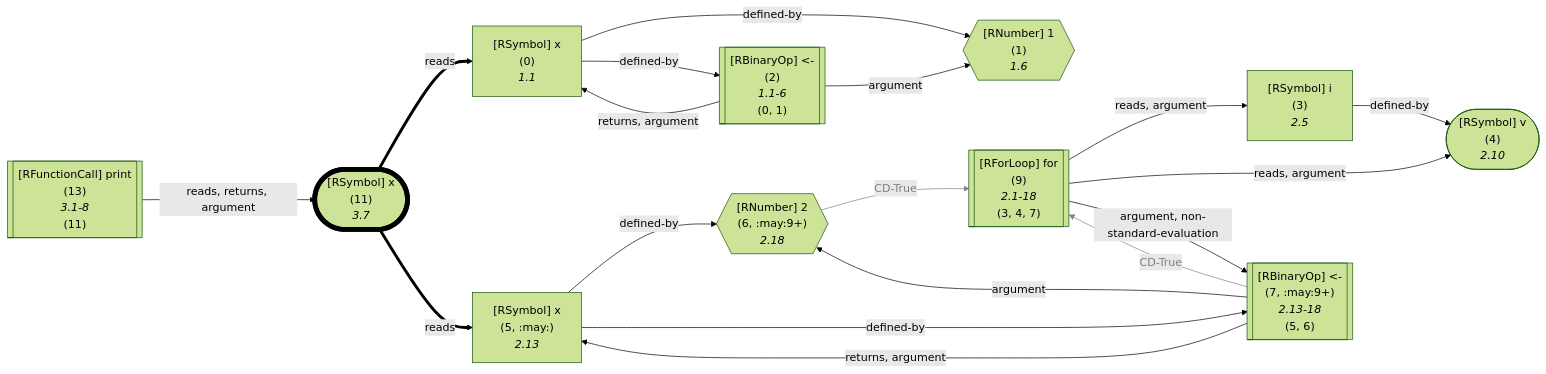
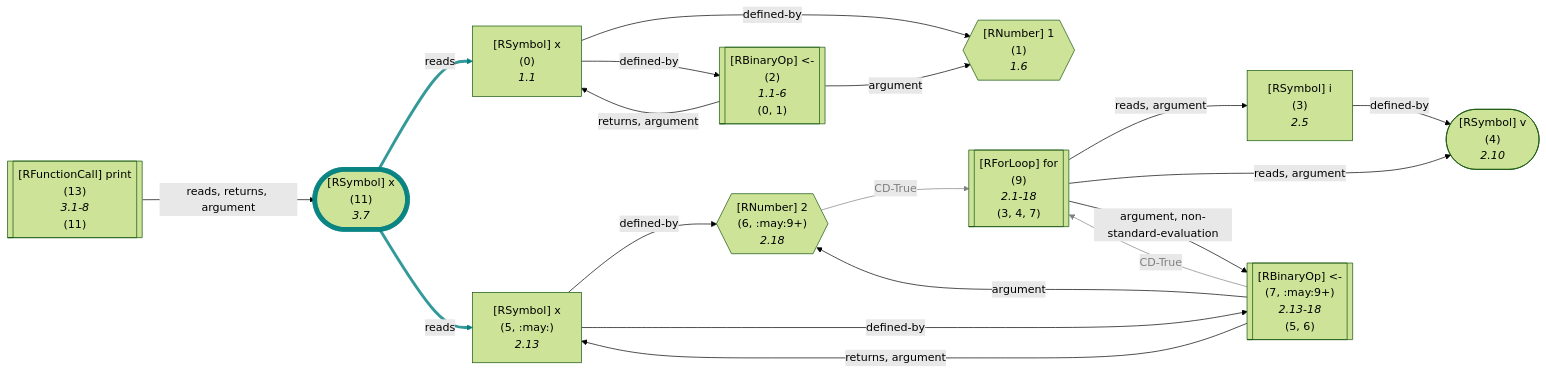
One commit to flowr-analysis/flowr changed the tenth of 33 diagrams in wiki/Dataflow Graph.md. Above: the diagram before and after it, drawn with Mermaid (forest theme). The commit also changed other lines of this file and 8 other files, not shown here.

````diff
--- a/wiki/Dataflow Graph.md
+++ b/wiki/Dataflow Graph.md
@@ -803,62 +885,62 @@
 ```mermaid
 flowchart LR
     1{{"`#91;RNumber#93; 1
       (1)
       *1.6*`"}}
     0["`#91;RSymbol#93; x
       (0)
       *1.1*`"]
     2[["`#91;RBinaryOp#93; #60;#45;
       (2)
       *1.1-6*
     (0, 1)`"]]
     3["`#91;RSymbol#93; i
       (3)
       *2.5*`"]
     4(["`#91;RSymbol#93; v
       (4)
       *2.10*`"])
     6{{"`#91;RNumber#93; 2
       (6, :may:9+)
       *2.18*`"}}
     5["`#91;RSymbol#93; x
       (5, :may:)
       *2.13*`"]
     7[["`#91;RBinaryOp#93; #60;#45;
       (7, :may:9+)
       *2.13-18*
     (5, 6)`"]]
     9[["`#91;RForLoop#93; for
       (9)
       *2.1-18*
     (3, 4, 7)`"]]
     11(["`#91;RSymbol#93; x
       (11)
       *3.7*`"])
-    style 11 stroke:black,stroke-width:7px; 
+    style 11 stroke:teal,stroke-width:7px,stroke-opacity:.8; 
     13[["`#91;RFunctionCall#93; print
       (13)
       *3.1-8*
     (11)`"]]
     0 -->|"defined-by"| 1
     0 -->|"defined-by"| 2
     2 -->|"argument"| 1
     2 -->|"returns, argument"| 0
     3 -->|"defined-by"| 4
     6 -->|"CD-True"| 9
     linkStyle 5 stroke:gray,color:gray;
     5 -->|"defined-by"| 6
     5 -->|"defined-by"| 7
     7 -->|"argument"| 6
     7 -->|"returns, argument"| 5
     7 -->|"CD-True"| 9
     linkStyle 10 stroke:gray,color:gray;
     9 -->|"reads, argument"| 3
     9 -->|"reads, argument"| 4
     9 -->|"argument, non-standard-evaluation"| 7
     11 -->|"reads"| 0
-    linkStyle 14 stroke:black,color:black,stroke-width:4.2px;
+    linkStyle 14 stroke:teal,stroke-width:4.2px,stroke-opacity:.8
     11 -->|"reads"| 5
-    linkStyle 15 stroke:black,color:black,stroke-width:4.2px;
+    linkStyle 15 stroke:teal,stroke-width:4.2px,stroke-opacity:.8
     13 -->|"reads, returns, argument"| 11
 ```
````
